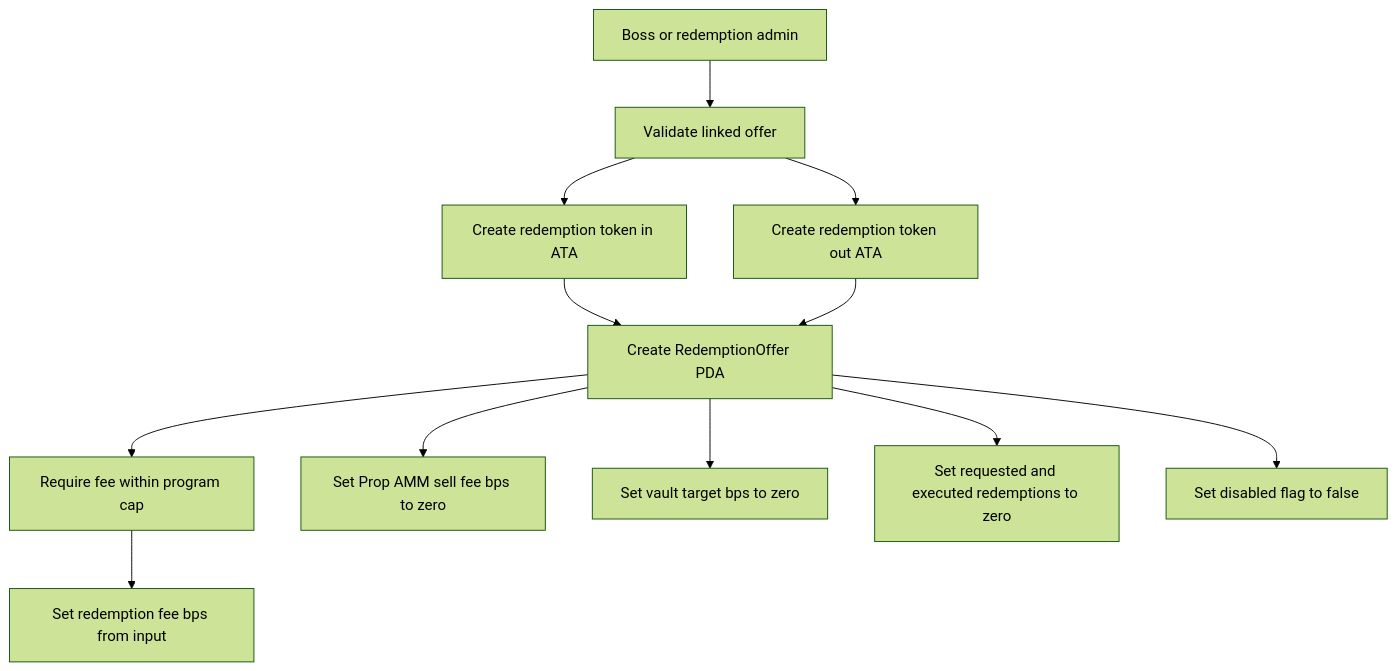
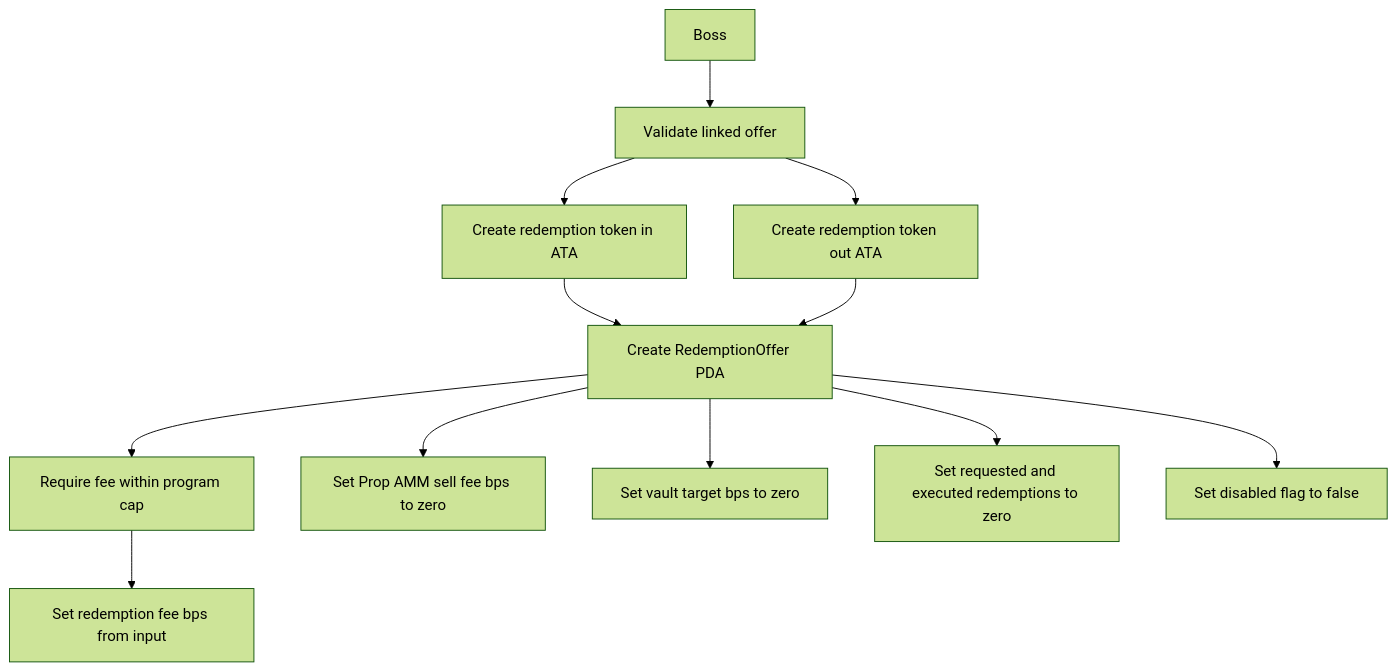
Before and after one commit to talllo/onre-sol-fuzz: the third of 8 diagrams in docs/TOKEN_FLOW_ROUTING.md, drawn with Mermaid (forest theme). The commit also changed other lines of this file and 47 other files, not shown here.

````diff
--- a/docs/TOKEN_FLOW_ROUTING.md
+++ b/docs/TOKEN_FLOW_ROUTING.md
@@ -104,14 +104,14 @@
 ```mermaid
 flowchart TD
-    Signer[Boss or redemption admin] --> Validate[Validate linked offer]
+    Signer[Boss] --> Validate[Validate linked offer]
     Validate --> VaultIn[Create redemption token in ATA]
     Validate --> VaultOut[Create redemption token out ATA]
     VaultIn --> Create[Create RedemptionOffer PDA]
     VaultOut --> Create
     Create --> FeeCheck[Require fee within program cap]
     FeeCheck --> FeeConfig[Set redemption fee bps from input]
     Create --> PropAmmSellFeeConfig[Set Prop AMM sell fee bps to zero]
     Create --> TargetConfig[Set vault target bps to zero]
     Create --> Counters[Set requested and executed redemptions to zero]
     Create --> Enabled[Set disabled flag to false]
 ```
````
